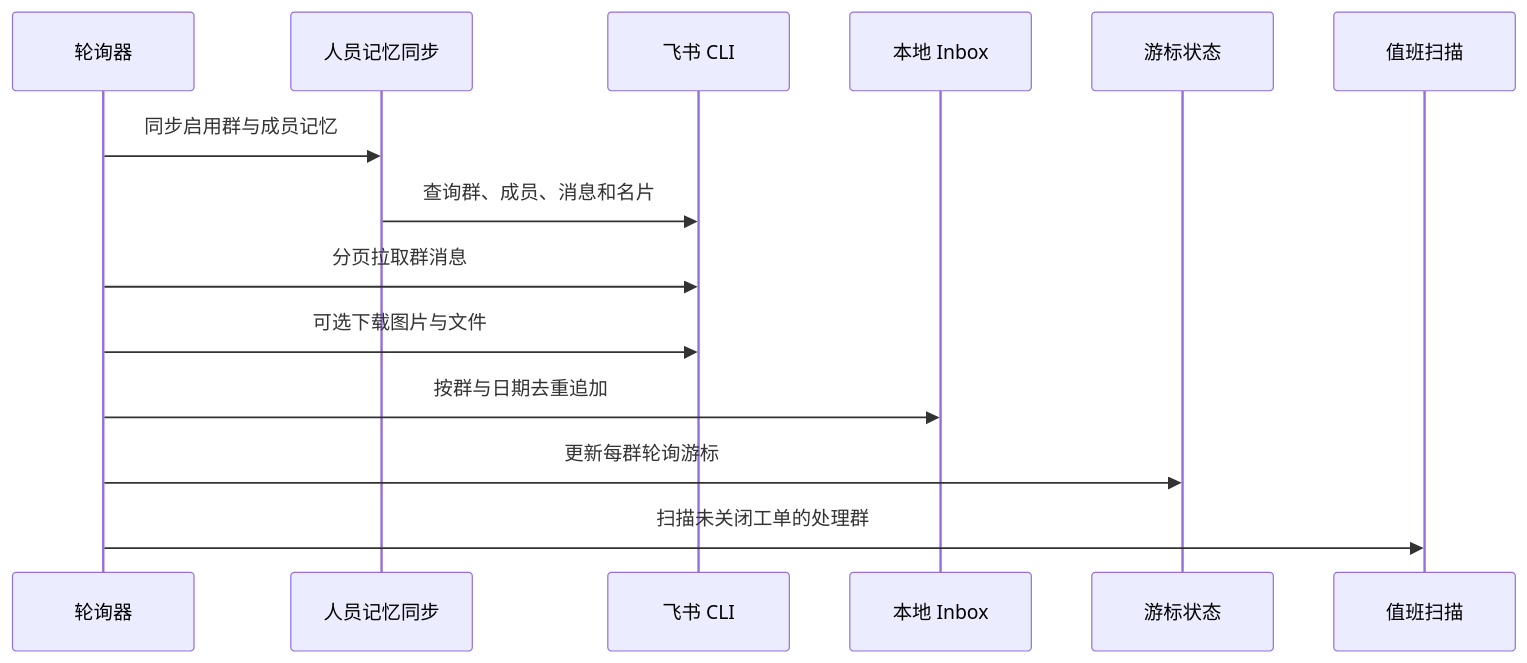
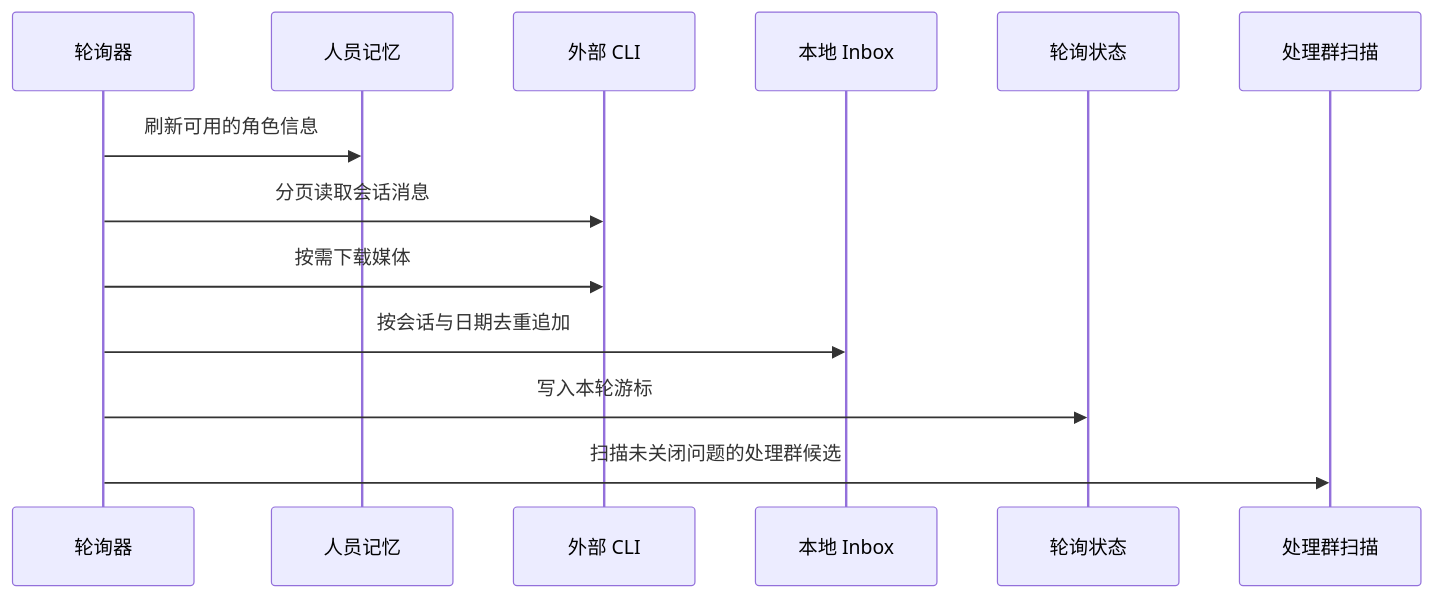
One commit to 9dianbiqi/9dianbiqi.github.io changed the second of 3 diagrams in src/content/blog/feishu-operations-cli-architecture.md. Above: the diagram before and after it, drawn with Mermaid. The commit also changed other lines of this file and 9 other files, not shown here.

````diff
--- a/src/content/blog/feishu-operations-cli-architecture.md
+++ b/src/content/blog/feishu-operations-cli-architecture.md
@@ -83,17 +93,16 @@
 ```mermaid
 sequenceDiagram
-    participant S as 轮询器
-    participant M as 人员记忆同步
-    participant L as 飞书 CLI
+    participant W as 轮询器
+    participant M as 人员记忆
+    participant C as 外部 CLI
     participant I as 本地 Inbox
-    participant ST as 游标状态
-    participant O as 值班扫描
+    participant S as 轮询状态
+    participant O as 处理群扫描
 
-    S->>M: 同步启用群与成员记忆
-    M->>L: 查询群、成员、消息和名片
-    S->>L: 分页拉取群消息
-    S->>L: 可选下载图片与文件
-    S->>I: 按群与日期去重追加
-    S->>ST: 更新每群轮询游标
-    S->>O: 扫描未关闭工单的处理群
+    W->>M: 刷新可用的角色信息
+    W->>C: 分页读取会话消息
+    W->>C: 按需下载媒体
+    W->>I: 按会话与日期去重追加
+    W->>S: 写入本轮游标
+    W->>O: 扫描未关闭问题的处理群候选
 ```
````
